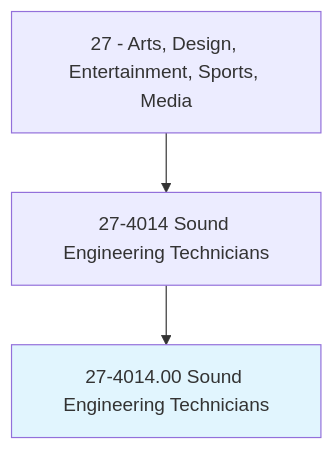
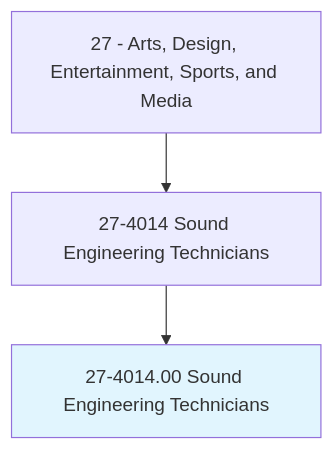
The first of 4 diagrams in occupations/ArtsMedia/SoundEngineeringTechnicians.mdx (kziemski/business.org.ai), drawn with Mermaid before and after one commit. The commit also changed other lines of this file and 938 other files, not shown here.

````diff
--- a/occupations/ArtsMedia/SoundEngineeringTechnicians.mdx
+++ b/occupations/ArtsMedia/SoundEngineeringTechnicians.mdx
@@ -19,6 +23,6 @@
 ```mermaid
 graph TD
-    Cat27["27 - Arts, Design, Entertainment, Sports, Media"] --> Group274014["27-4014 Sound Engineering Technicians"]
+    Cat27["27 - Arts, Design, Entertainment, Sports, and Media"] --> Group274014["27-4014 Sound Engineering Technicians"]
     Group274014 --> Current["27-4014.00 Sound Engineering Technicians"]
     style Current fill:#e1f5fe
 ```
````
